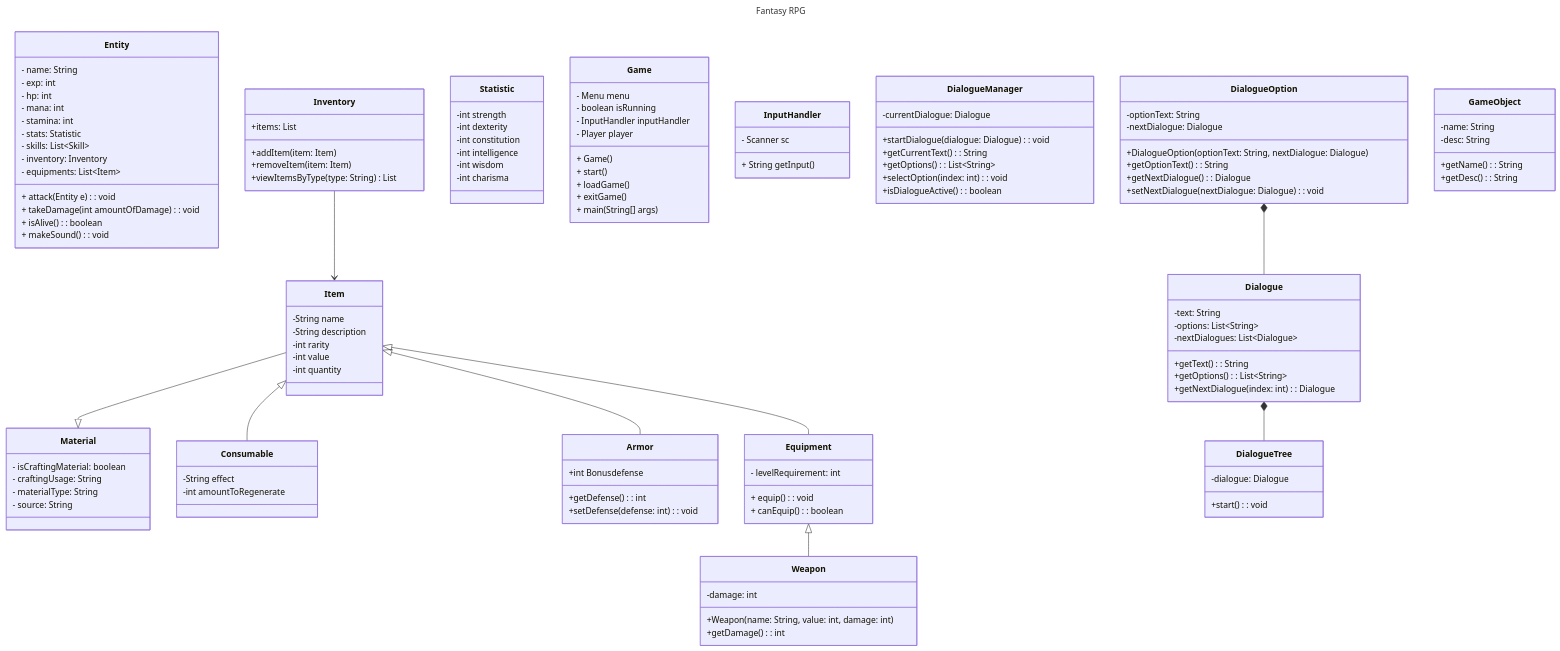
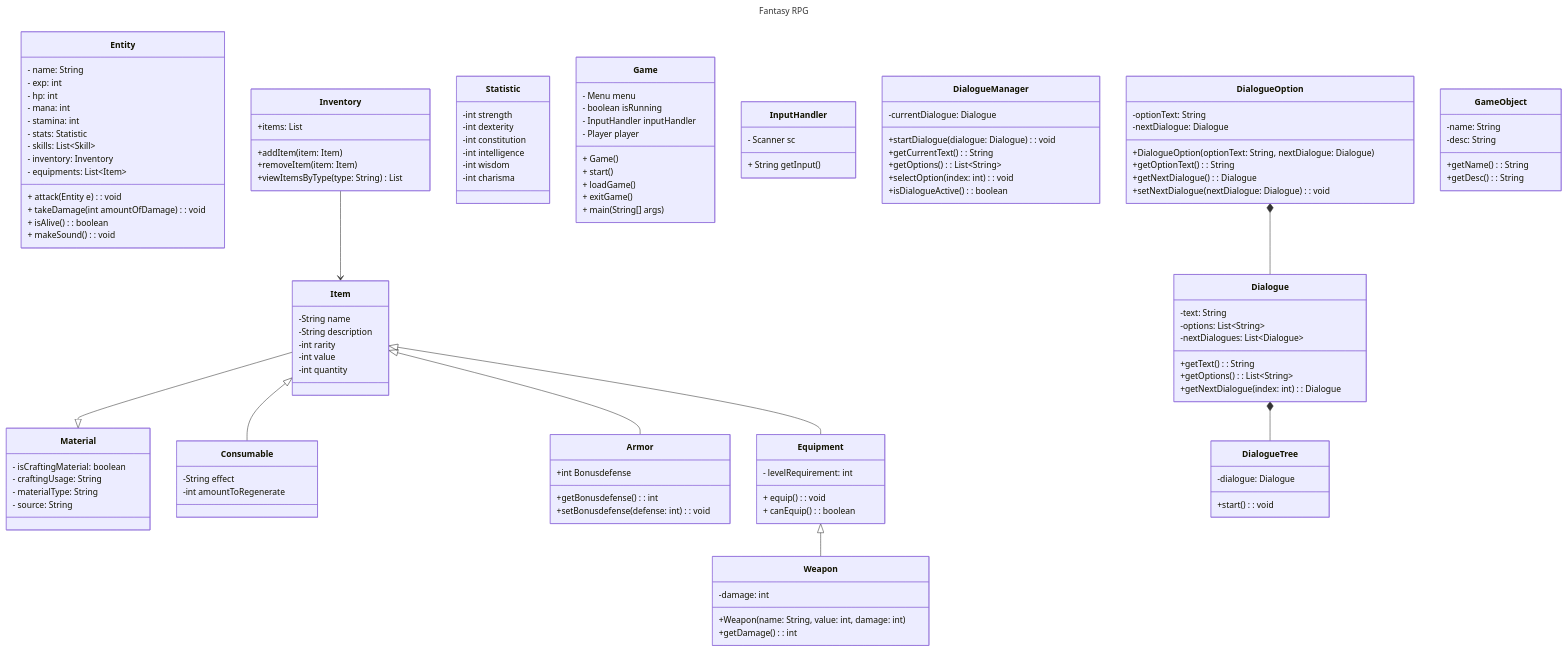
The diagram in wiki/Class-Diagram.md (pacalso-jjc/2425-2nd-cc3-1b-rpg), drawn with Mermaid before and after one commit.

Commit message:
Update Class-Diagram.md
renamed methods

```diff
--- a/wiki/Class-Diagram.md
+++ b/wiki/Class-Diagram.md
@@ -54,8 +54,8 @@
     Item <|-- Armor
     class Armor {
         +int Bonusdefense
-	+getDefense(): int
-        +setDefense(defense: int): void
+	+getBonusdefense(): int
+        +setBonusdefense(defense: int): void
     }
 
     class Game {
```
